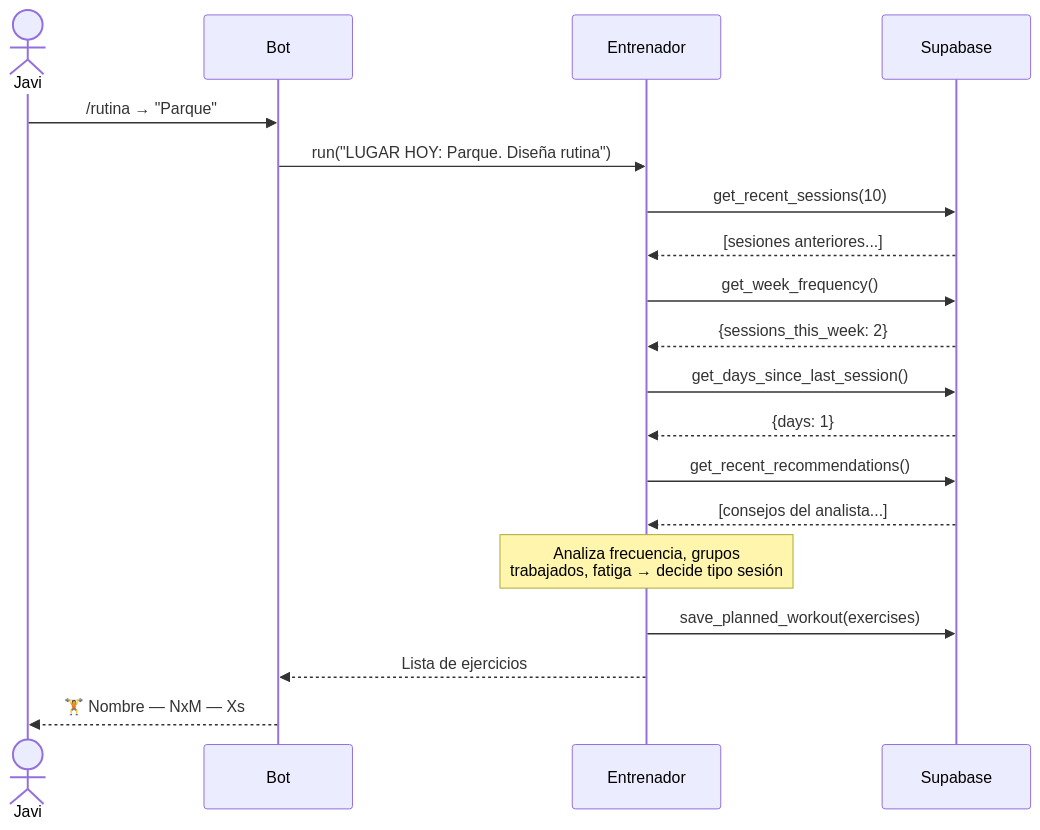
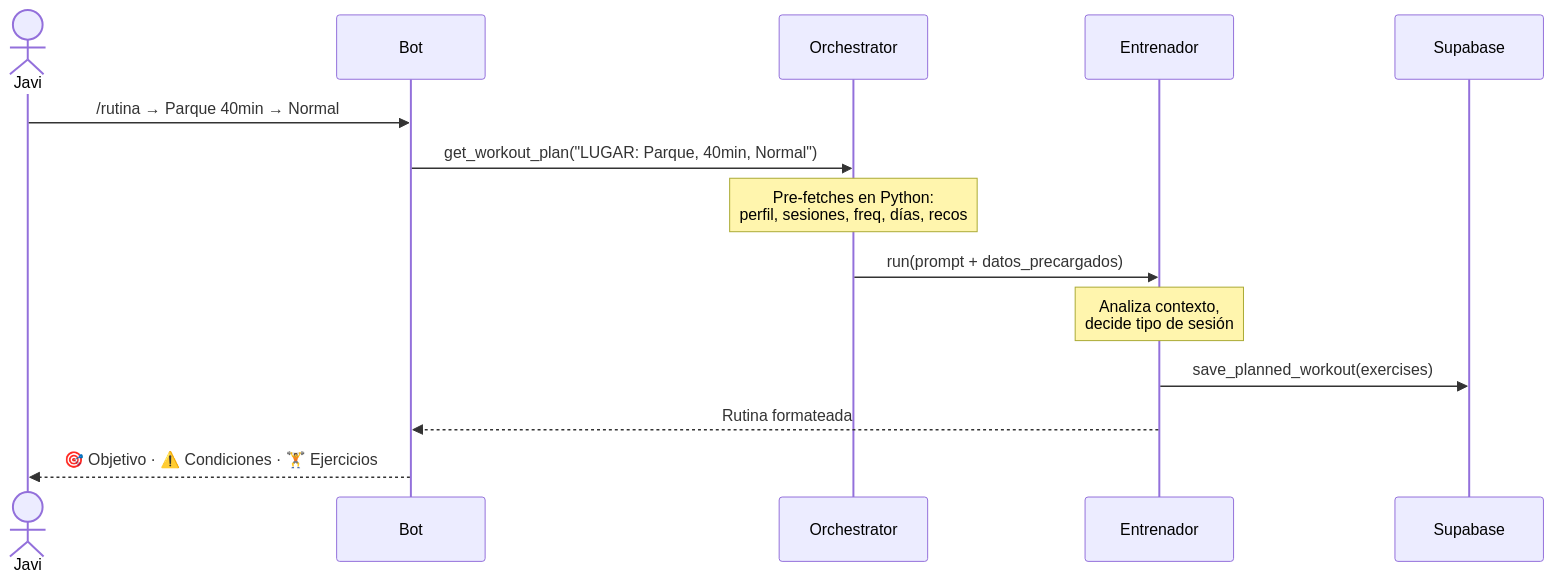
The second of 3 diagrams in README.md (JavierRubio4U/calistenia), drawn with Mermaid before and after one commit. The commit also changed other lines of this file and 10 other files, not shown here.

````diff
--- a/README.md
+++ b/README.md
@@ -134,22 +152,17 @@
 ```mermaid
 sequenceDiagram
     actor Javi
     participant Bot
+    participant Orchestrator
     participant Entrenador
     participant Supabase
 
-    Javi->>Bot: /rutina → "Parque"
-    Bot->>Entrenador: run("LUGAR HOY: Parque. Diseña rutina")
-    Entrenador->>Supabase: get_recent_sessions(10)
-    Supabase-->>Entrenador: [sesiones anteriores...]
-    Entrenador->>Supabase: get_week_frequency()
-    Supabase-->>Entrenador: {sessions_this_week: 2}
-    Entrenador->>Supabase: get_days_since_last_session()
-    Supabase-->>Entrenador: {days: 1}
-    Entrenador->>Supabase: get_recent_recommendations()
-    Supabase-->>Entrenador: [consejos del analista...]
-    Note over Entrenador: Analiza frecuencia, grupos<br/>trabajados, fatiga → decide tipo sesión
+    Javi->>Bot: /rutina → Parque 40min → Normal
+    Bot->>Orchestrator: get_workout_plan("LUGAR: Parque, 40min, Normal")
+    Note over Orchestrator: Pre-fetches en Python:<br/>perfil, sesiones, freq, días, recos
+    Orchestrator->>Entrenador: run(prompt + datos_precargados)
+    Note over Entrenador: Analiza contexto,<br/>decide tipo de sesión
     Entrenador->>Supabase: save_planned_workout(exercises)
-    Entrenador-->>Bot: Lista de ejercicios
-    Bot-->>Javi: 🏋️ Nombre — NxM — Xs
+    Entrenador-->>Bot: Rutina formateada
+    Bot-->>Javi: 🎯 Objetivo · ⚠️ Condiciones · 🏋️ Ejercicios
 ```
````
